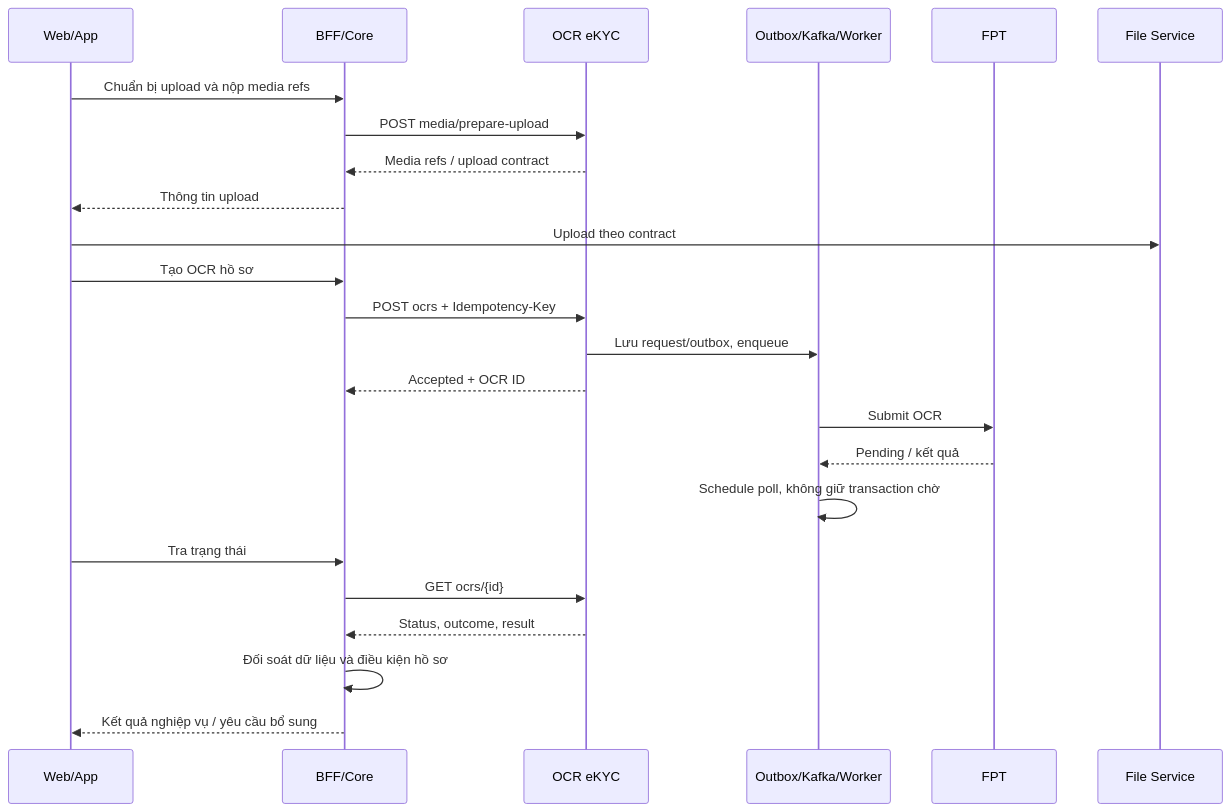
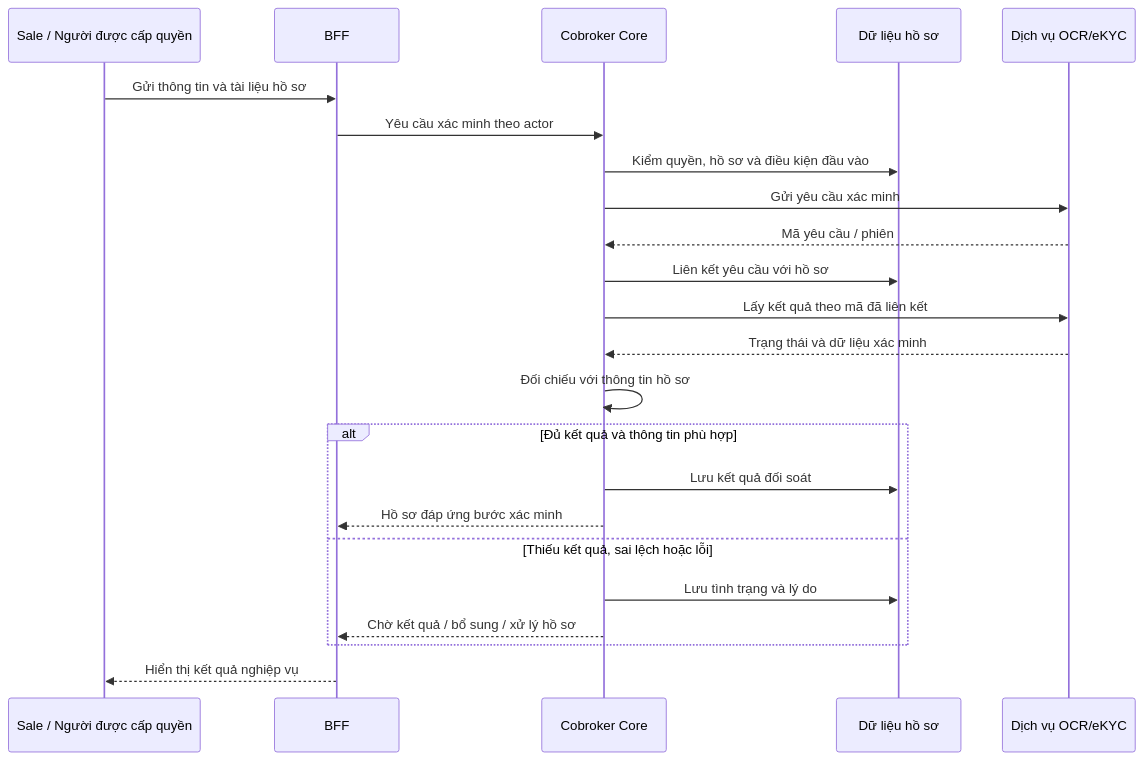
Before and after one commit to huynv-xyz/vhm-tdd: the fifth of 12 diagrams in cobroker/ttd-cobroker.md, drawn with Mermaid. The commit also changed other lines of this file and 11 other files, not shown here.

Commit message:
docs: focus Cobroker TTD on business design and service boundaries

````diff
--- a/cobroker/ttd-cobroker.md
+++ b/cobroker/ttd-cobroker.md
@@ -738,26 +729,25 @@
 ```mermaid
 sequenceDiagram
-    participant U as Web/App
-    participant B as BFF/Core
-    participant E as OCR eKYC
-    participant Q as Outbox/Kafka/Worker
-    participant F as FPT
-    participant FS as File Service
-    U->>B: Chuẩn bị upload và nộp media refs
-    B->>E: POST media/prepare-upload
-    E-->>B: Media refs / upload contract
-    B-->>U: Thông tin upload
-    U->>FS: Upload theo contract
-    U->>B: Tạo OCR hồ sơ
-    B->>E: POST ocrs + Idempotency-Key
-    E->>Q: Lưu request/outbox, enqueue
-    E-->>B: Accepted + OCR ID
-    Q->>F: Submit OCR
-    F-->>Q: Pending / kết quả
-    Q->>Q: Schedule poll, không giữ transaction chờ
-    U->>B: Tra trạng thái
-    B->>E: GET ocrs/{id}
-    E-->>B: Status, outcome, result
-    B->>B: Đối soát dữ liệu và điều kiện hồ sơ
-    B-->>U: Kết quả nghiệp vụ / yêu cầu bổ sung
+    participant U as Sale / Người được cấp quyền
+    participant B as BFF
+    participant C as Cobroker Core
+    participant D as Dữ liệu hồ sơ
+    participant E as Dịch vụ OCR/eKYC
+    U->>B: Gửi thông tin và tài liệu hồ sơ
+    B->>C: Yêu cầu xác minh theo actor
+    C->>D: Kiểm quyền, hồ sơ và điều kiện đầu vào
+    C->>E: Gửi yêu cầu xác minh
+    E-->>C: Mã yêu cầu / phiên
+    C->>D: Liên kết yêu cầu với hồ sơ
+    C->>E: Lấy kết quả theo mã đã liên kết
+    E-->>C: Trạng thái và dữ liệu xác minh
+    C->>C: Đối chiếu với thông tin hồ sơ
+    alt Đủ kết quả và thông tin phù hợp
+        C->>D: Lưu kết quả đối soát
+        C-->>B: Hồ sơ đáp ứng bước xác minh
+    else Thiếu kết quả, sai lệch hoặc lỗi
+        C->>D: Lưu tình trạng và lý do
+        C-->>B: Chờ kết quả / bổ sung / xử lý hồ sơ
+    end
+    B-->>U: Hiển thị kết quả nghiệp vụ
 ```
````
